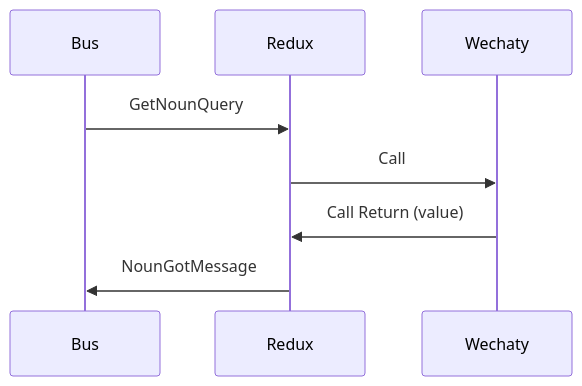
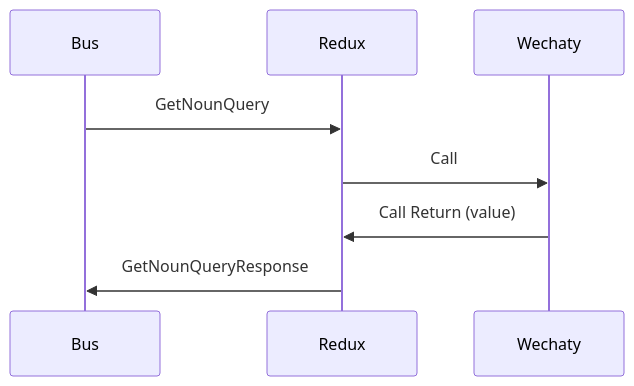
The third of 4 diagrams in README.md (wechaty/cqrs), drawn with Mermaid before and after one commit. The commit also changed other lines of this file and 4 other files, not shown here.

````diff
--- a/README.md
+++ b/README.md
@@ -130,11 +130,11 @@
 ```mermaid
 sequenceDiagram
     participant Bus
     participant Redux
     participant Wechaty
 
     Bus->>Redux: GetNounQuery
     Redux->>Wechaty: Call
     Wechaty->>Redux: Call Return (value)
-    Redux->>Bus: NounGotMessage
+    Redux->>Bus: GetNounQueryResponse
 ```
````
